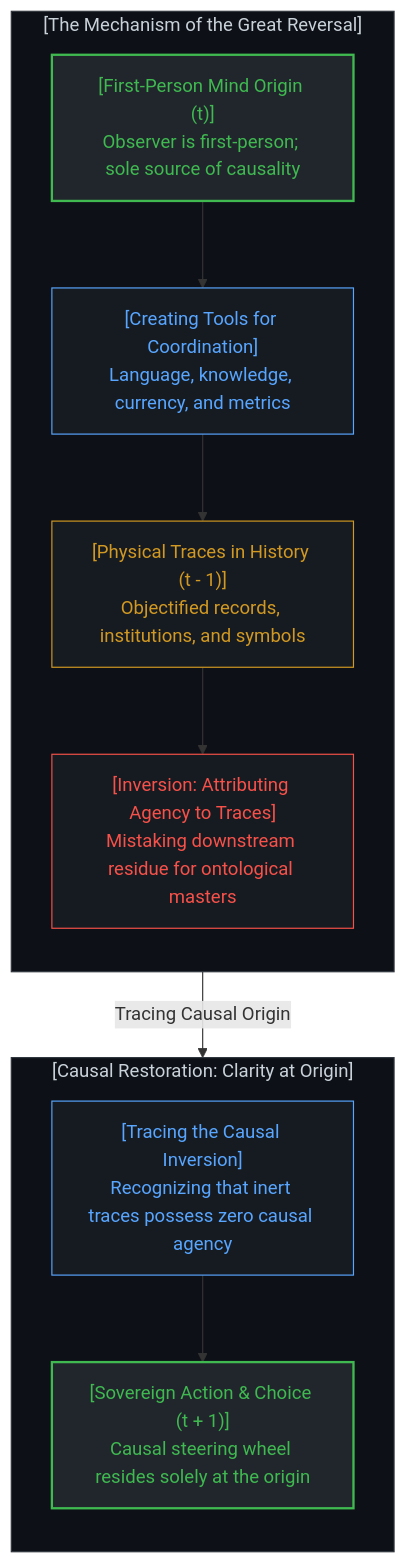
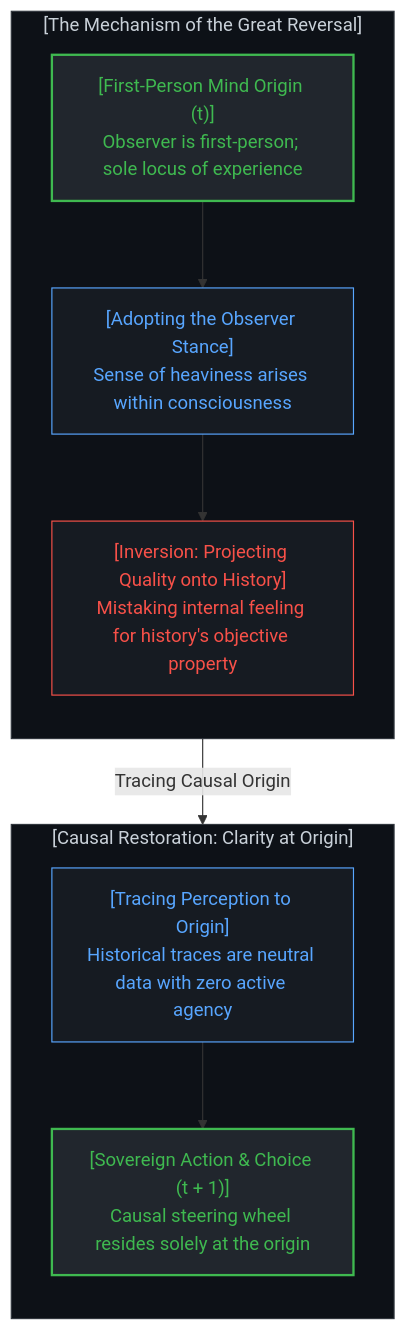
One commit to powerpig99/not-a-toe changed the second of 16 diagrams in content/posts/the-dissolution-of-the-great-reversal.md. Above: the diagram before and after it, drawn with Mermaid. The commit also changed other lines of this file and 4 other files, not shown here.

Commit message:
Clarify Section 1: heaviness is generated internally within Mind during observation, not an objective property of history

````diff
--- a/content/posts/the-dissolution-of-the-great-reversal.md
+++ b/content/posts/the-dissolution-of-the-great-reversal.md
@@ -58,31 +59,28 @@
 ```mermaid
 graph TD
     subgraph TracingReversal["[The Mechanism of the Great Reversal]"]
         direction TB
-        ConsciousOrigin["[First-Person Mind Origin (t)]<br>Observer is first-person; sole source of causality"]
-        ToolCreation["[Creating Tools for Coordination]<br>Language, knowledge, currency, and metrics"]
-        HistoricalTraces["[Physical Traces in History (t - 1)]<br>Objectified records, institutions, and symbols"]
-        CognitiveInversion["[Inversion: Attributing Agency to Traces]<br>Mistaking downstream residue for ontological masters"]
-        ConsciousOrigin --> ToolCreation
-        ToolCreation --> HistoricalTraces
-        HistoricalTraces --> CognitiveInversion
+        ConsciousOrigin["[First-Person Mind Origin (t)]<br>Observer is first-person; sole locus of experience"]
+        ObserverStance["[Adopting the Observer Stance]<br>Sense of heaviness arises within consciousness"]
+        ProjectionInversion["[Inversion: Projecting Quality onto History]<br>Mistaking internal feeling for history's objective property"]
+        ConsciousOrigin --> ObserverStance
+        ObserverStance --> ProjectionInversion
     end
 
     subgraph CausalClarity["[Causal Restoration: Clarity at Origin]"]
         direction TB
-        TraceDemystification["[Tracing the Causal Inversion]<br>Recognizing that inert traces possess zero causal agency"]
+        TraceDemystification["[Tracing Perception to Origin]<br>Historical traces are neutral data with zero active agency"]
         SovereignAgency["[Sovereign Action & Choice (t + 1)]<br>Causal steering wheel resides solely at the origin"]
         TraceDemystification --> SovereignAgency
     end
 
-    CognitiveInversion -->|"Tracing Causal Origin"| TraceDemystification
+    ProjectionInversion -->|"Tracing Causal Origin"| TraceDemystification
 
     style TracingReversal fill:#0d1117,stroke:#30363d,stroke-width:1px,color:#c9d1d9
     style ConsciousOrigin fill:#21262d,stroke:#3fb950,stroke-width:2px,color:#3fb950
-    style ToolCreation fill:#161b22,stroke:#58a6ff,stroke-width:1px,color:#58a6ff
-    style HistoricalTraces fill:#161b22,stroke:#d29922,stroke-width:1px,color:#d29922
-    style CognitiveInversion fill:#161b22,stroke:#f85149,stroke-width:1px,color:#f85149
+    style ObserverStance fill:#161b22,stroke:#58a6ff,stroke-width:1px,color:#58a6ff
+    style ProjectionInversion fill:#161b22,stroke:#f85149,stroke-width:1px,color:#f85149
     style CausalClarity fill:#0d1117,stroke:#30363d,stroke-width:1px,color:#c9d1d9
     style TraceDemystification fill:#161b22,stroke:#58a6ff,stroke-width:1px,color:#58a6ff
     style SovereignAgency fill:#21262d,stroke:#3fb950,stroke-width:2px,color:#3fb950
 ```
````
